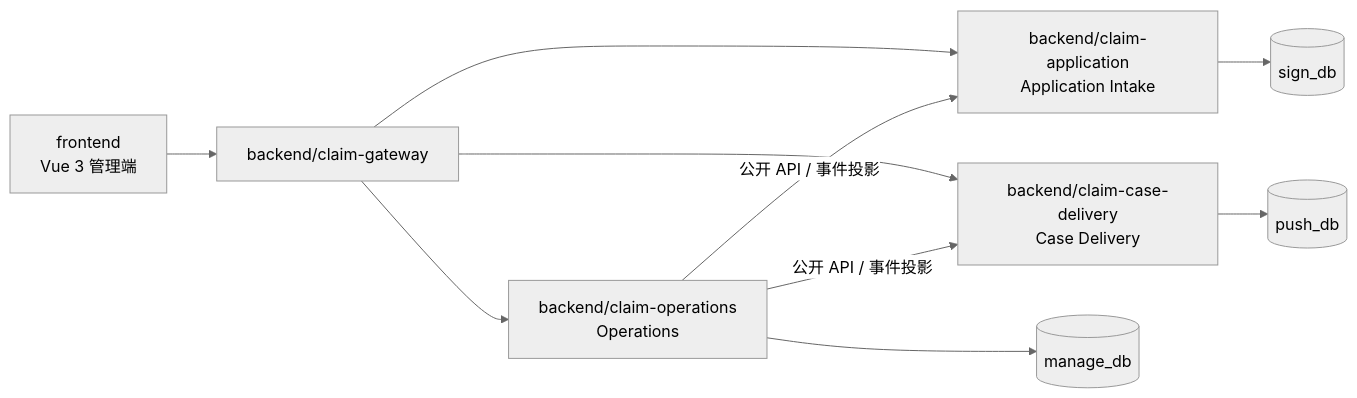
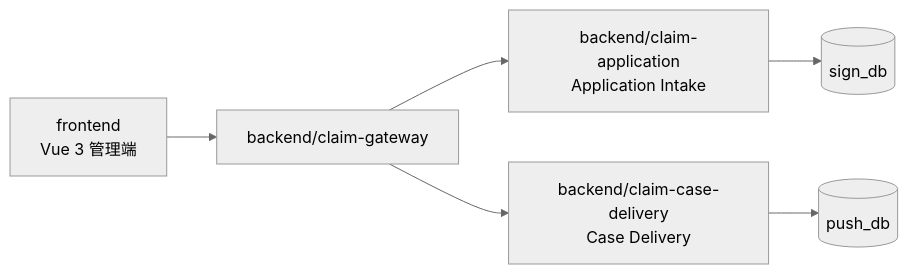
Before and after one commit to wangguangwu/claim-platform: the first of 2 diagrams in specs/requirements.md, drawn with Mermaid (neutral theme). The commit also changed other lines of this file and 28 other files, not shown here.

````diff
--- a/specs/requirements.md
+++ b/specs/requirements.md
@@ -18,12 +18,8 @@
 ```mermaid
 flowchart LR
     FE[frontend\nVue 3 管理端] --> GW[backend/claim-gateway]
     GW --> SIGN[backend/claim-application\nApplication Intake]
     GW --> PUSH[backend/claim-case-delivery\nCase Delivery]
-    GW --> MANAGE[backend/claim-operations\nOperations]
-    MANAGE -->|公开 API / 事件投影| SIGN
-    MANAGE -->|公开 API / 事件投影| PUSH
     SIGN --> SIGNDB[(sign_db)]
     PUSH --> PUSHDB[(push_db)]
-    MANAGE --> MANAGEDB[(manage_db)]
 ```
````
